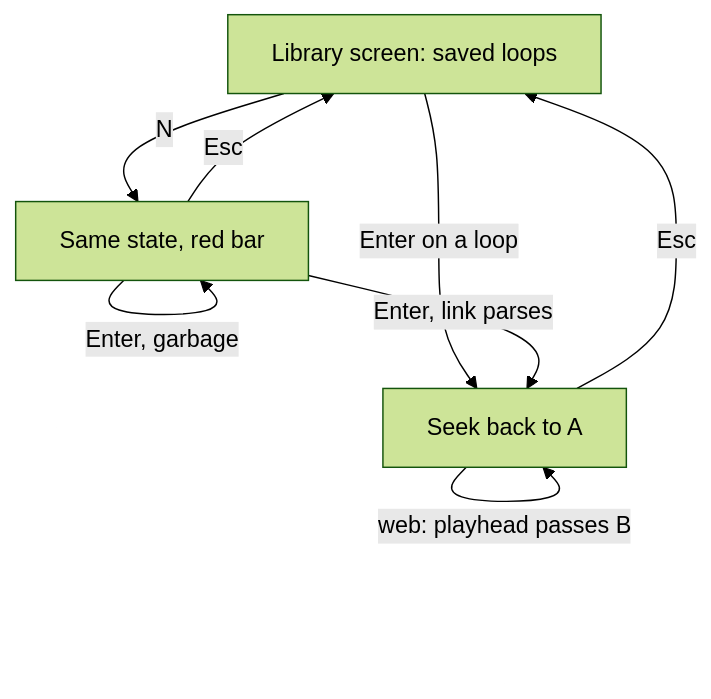
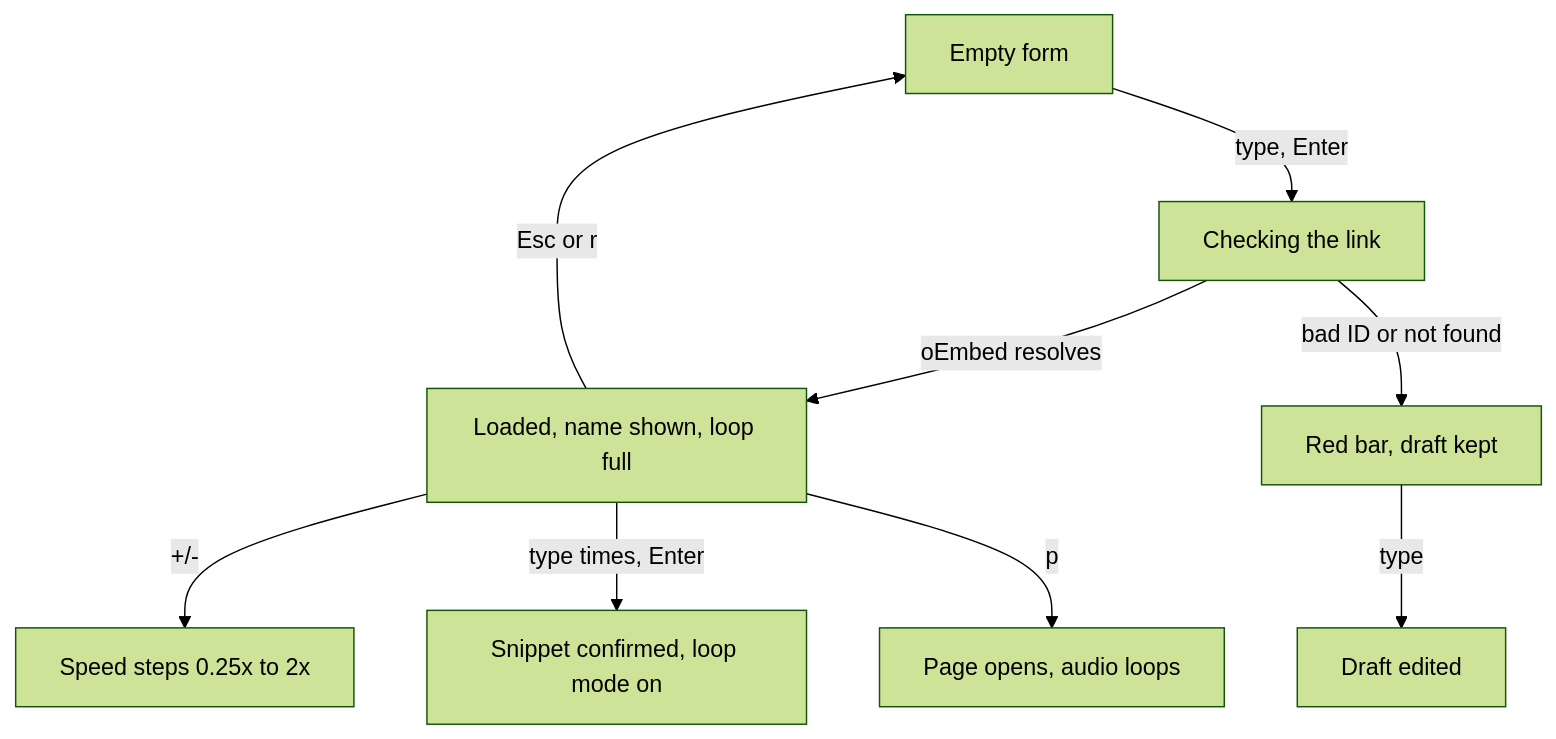
The first of 2 diagrams in Loop_Song/PLAN.md (Ava-Vispilio/PyScripts), drawn with Mermaid (forest theme) before and after one commit. The commit also changed other lines of this file, not shown here.

````diff
--- a/Loop_Song/PLAN.md
+++ b/Loop_Song/PLAN.md
@@ -43,12 +43,11 @@
 ```mermaid
 flowchart TD
-  library[Library screen: saved loops] -->|Enter on a loop| edit[Edit screen: timeline and fields]
-  library -->|N| paste[Paste screen: typing field]
-  paste -->|Enter, link parses| edit
-  paste -->|Enter, garbage| paste[Same state, red bar]
-  edit -->|+/- on start or end| edit[Times nudged and clamped]
-  edit -->|r| edit[Loop reset to the full video]
-  edit -->|Esc| library
-  paste -->|Esc| library
-  edit -->|web: playhead passes B| edit[Seek back to A]
+  empty[Empty form] -->|type, Enter| checking[Checking the link]
+  checking -->|oEmbed resolves| loaded[Loaded, name shown, loop full]
+  checking -->|bad ID or not found| bad[Red bar, draft kept]
+  loaded -->|+/-| speed[Speed steps 0.25x to 2x]
+  loaded -->|type times, Enter| snippet[Snippet confirmed, loop mode on]
+  loaded -->|p| launch[Page opens, audio loops]
+  loaded -->|Esc or r| empty
+  bad -->|type| empty2[Draft edited]
 ```
````
